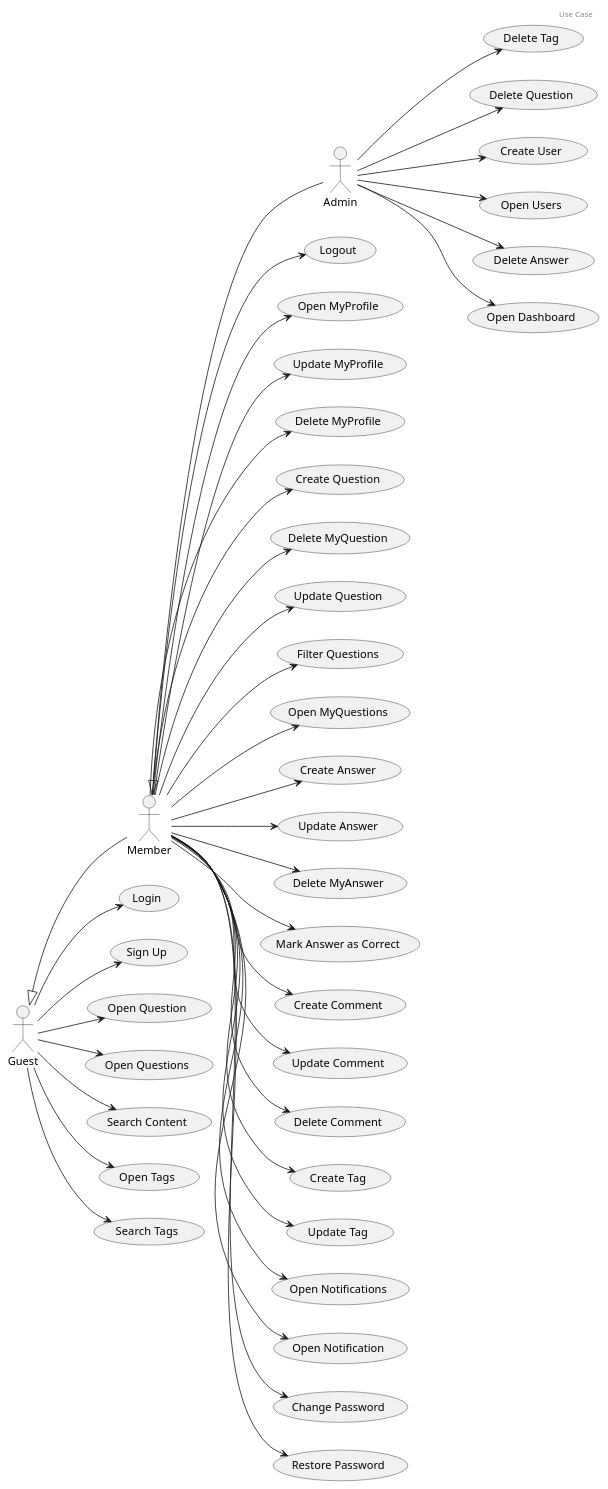
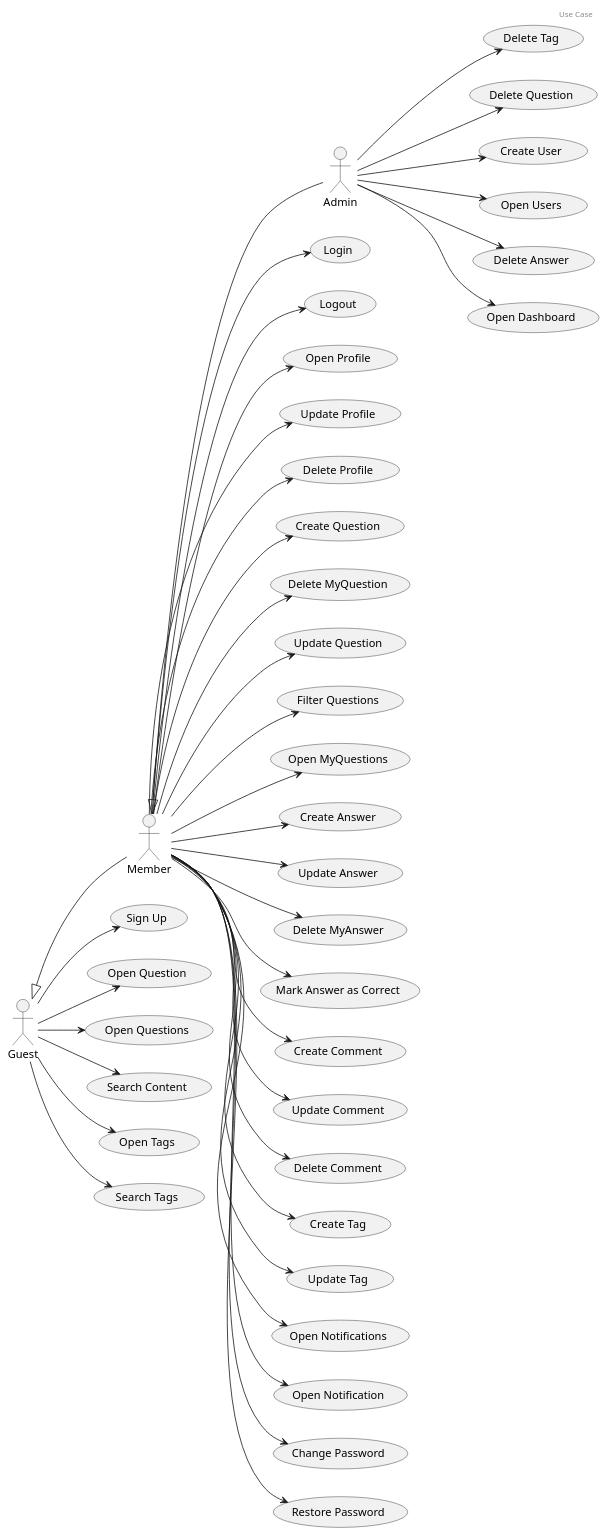
The diagram in src/main/resources/templates/casosDeUso.plantuml (rafaelacirino/miw-backend-foro), drawn with PlantUML before and after one commit. The commit also changed 30 other files, not shown here.

Commit message:
fix diagramas

```diff
--- a/src/main/resources/templates/casosDeUso.plantuml
+++ b/src/main/resources/templates/casosDeUso.plantuml
@@ -1,88 +1,88 @@
 @startuml
 
 header Use Case
 
 actor Guest
 actor Member
 actor Admin
 
 Guest <|-down- Member
 Member <|-down- Admin
 
 left to right direction
 
 (Login) as UC1
 (Logout) as UC2
 (Sign Up) as UC3
-(Open MyProfile) as UC4
-(Update MyProfile) as UC5
-(Delete MyProfile) as UC6
+(Open Profile) as UC4
+(Update Profile) as UC5
+(Delete Profile) as UC6
 (Open Question) as UC7
 (Create Question) as UC8
 (Delete MyQuestion) as UC9
 (Update Question) as UC10
 (Open Questions) as UC11
 (Filter Questions) as UC12
 (Open MyQuestions) as UC13
 (Create Answer) as UC14
 (Update Answer) as UC15
 (Delete MyAnswer) as UC16
 (Mark Answer as Correct) as UC17
 (Create Comment) as UC18
 (Update Comment) as UC19
 (Delete Comment) as UC20
 (Create Tag) as UC21
 (Update Tag) as UC22
 (Delete Tag) as UC24
 (Search Content) as UC25
 (Open Tags) as UC26
 (Search Tags) as UC27
 (Delete Question) as UC28
 (Create User) as UC29
 (Open Users) as UC30
 (Delete Answer) as UC31
 (Open Notifications) as UC33
 (Open Notification) as UC34
 (Open Dashboard) as UC35
 (Change Password) as UC36
 (Restore Password) as UC37
 
 Guest --> UC7
 Guest --> UC11
 Guest --> UC25
 Guest --> UC26
 Guest --> UC27
-Guest --> UC1
 Guest --> UC3
 
+Member --> UC1
 Member --> UC2
 Member --> UC4
 Member --> UC5
 Member --> UC6
 Member --> UC8
 Member --> UC9
 Member --> UC10
 Member --> UC12
 Member --> UC13
 Member --> UC14
 Member --> UC15
 Member --> UC16
 Member --> UC17
 Member --> UC18
 Member --> UC19
 Member --> UC20
 Member --> UC21
 Member --> UC22
 Member --> UC33
 Member --> UC34
 Member --> UC36
 Member --> UC37
 
 Admin --> UC24
 Admin --> UC28
 Admin --> UC29
 Admin --> UC30
 Admin --> UC31
 Admin --> UC35
 
 @enduml
```
